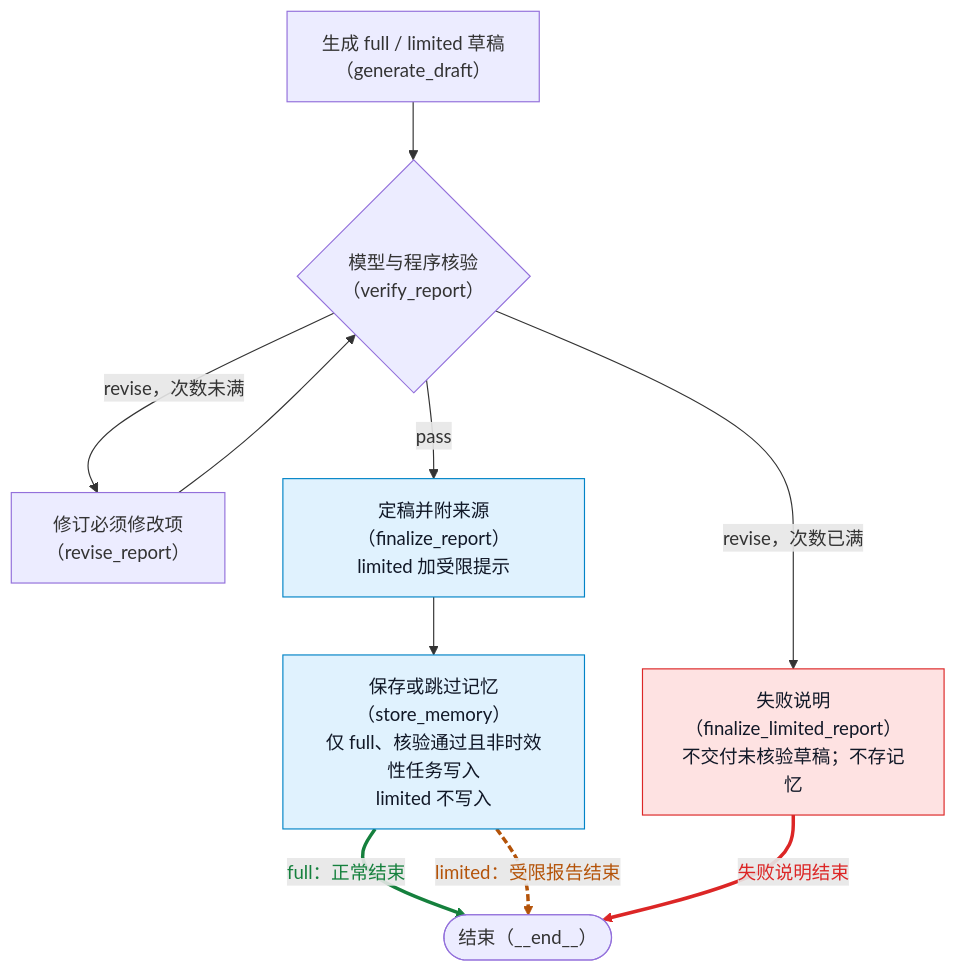
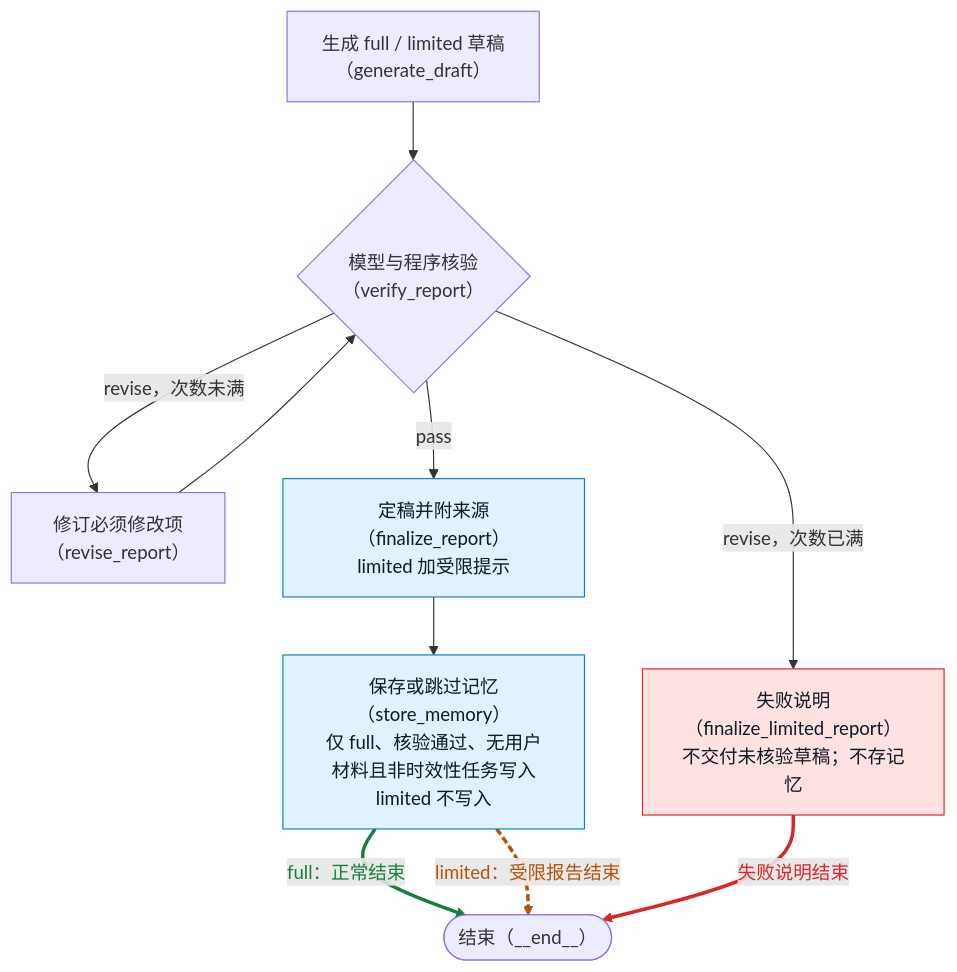
The second of 2 diagrams in README.md (Kasensill/autonomous-atmospheric-research-agent), drawn with Mermaid before and after one commit. The commit also changed other lines of this file and 19 other files, not shown here.

````diff
--- a/README.md
+++ b/README.md
@@ -152,28 +161,28 @@
 ```mermaid
 flowchart TD
     generate_draft["生成 full / limited 草稿<br/>（generate_draft）"]
     verify_report{"模型与程序核验<br/>（verify_report）"}
     revise_report["修订必须修改项<br/>（revise_report）"]
     finalize_report["定稿并附来源（finalize_report）<br/>limited 加受限提示"]
     finalize_limited_report["失败说明（finalize_limited_report）<br/>不交付未核验草稿；不存记忆"]
-    store_memory["保存或跳过记忆（store_memory）<br/>仅 full、核验通过且非时效性任务写入<br/>limited 不写入"]
+    store_memory["保存或跳过记忆（store_memory）<br/>仅 full、核验通过、无用户材料且非时效性任务写入<br/>limited 不写入"]
     __end__(["结束（__end__）"])
 
     generate_draft --> verify_report
     verify_report -->|"pass"| finalize_report
     verify_report -->|"revise，次数未满"| revise_report
     verify_report -->|"revise，次数已满"| finalize_limited_report
     revise_report --> verify_report
     finalize_report --> store_memory
     store_memory -->|"full：正常结束"| __end__
     store_memory -->|"limited：受限报告结束"| __end__
     finalize_limited_report -->|"失败说明结束"| __end__
 
     classDef delivery fill:#e0f2fe,stroke:#0284c7,color:#111827
     classDef failure fill:#fee2e2,stroke:#dc2626,color:#111827
     class finalize_report,store_memory delivery
     class finalize_limited_report failure
     linkStyle 6 stroke:#15803d,stroke-width:3px,color:#15803d
     linkStyle 7 stroke:#b45309,stroke-width:3px,stroke-dasharray:6 3,color:#b45309
     linkStyle 8 stroke:#dc2626,stroke-width:3px,color:#dc2626
 ```
````
